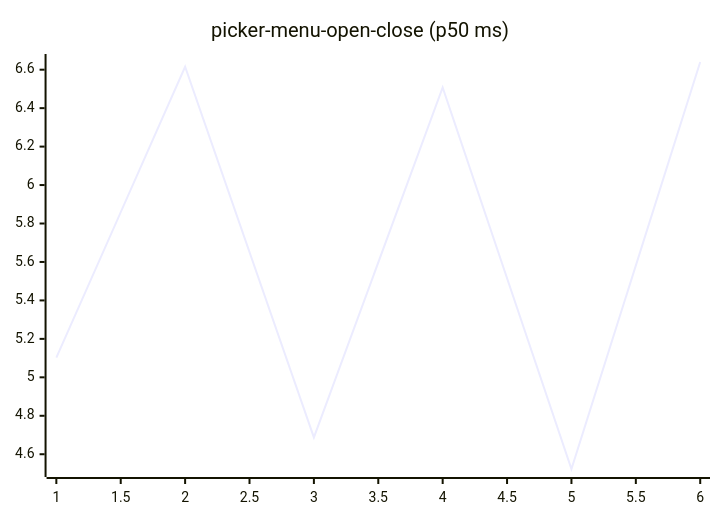
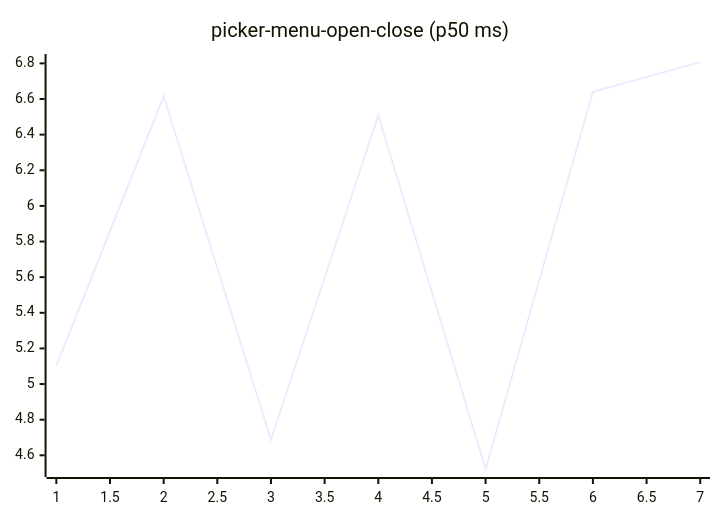
Before and after one commit to josha/Facet: diagram 16 of 27 in README.md, drawn with Mermaid. The commit also changed other lines of this file and 2 other files, not shown here.

````diff
--- a/README.md
+++ b/README.md
@@ -168,6 +168,6 @@
 ```mermaid
 xychart-beta
     title "picker-menu-open-close (p50 ms)"
-    x-axis 1 --> 6
-    line [5.1020, 6.6154, 4.6873, 6.5076, 4.5232, 6.6400]
+    x-axis 1 --> 7
+    line [5.1020, 6.6154, 4.6873, 6.5076, 4.5232, 6.6400, 6.8077]
 ```
````
